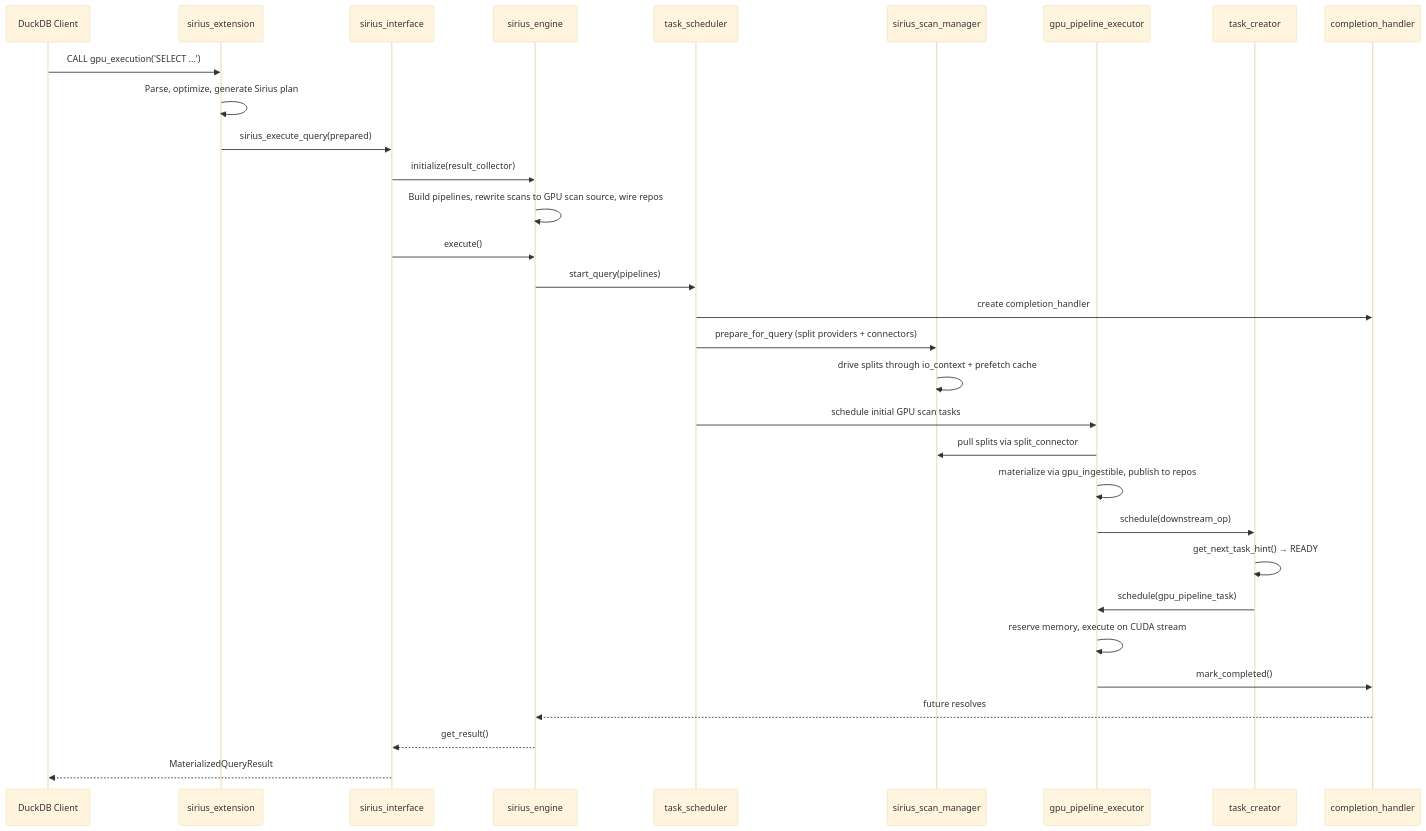
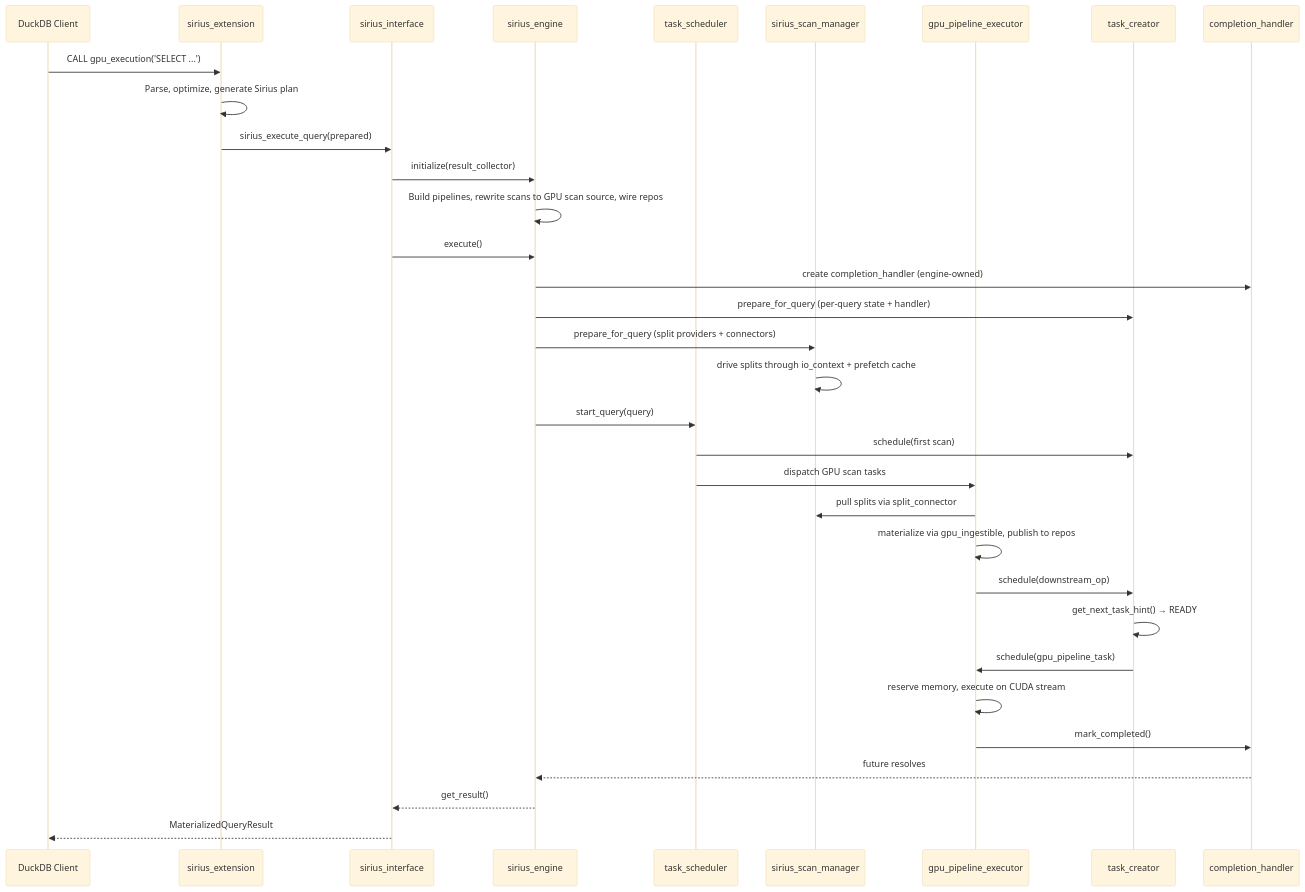
The diagram in docs/super-sirius/execution-flow.md (sirius-db/sirius), drawn with Mermaid (base theme) before and after one commit. The commit also changed other lines of this file and 8 other files, not shown here.

````diff
--- a/docs/super-sirius/execution-flow.md
+++ b/docs/super-sirius/execution-flow.md
@@ -200,34 +208,36 @@
 ```mermaid
 sequenceDiagram
     participant User as DuckDB Client
     participant Ext as sirius_extension
     participant Iface as sirius_interface
     participant Engine as sirius_engine
     participant PE as task_scheduler
     participant SM as sirius_scan_manager
     participant GPE as gpu_pipeline_executor
     participant TC as task_creator
     participant CH as completion_handler
 
     User->>Ext: CALL gpu_execution('SELECT ...')
     Ext->>Ext: Parse, optimize, generate Sirius plan
     Ext->>Iface: sirius_execute_query(prepared)
     Iface->>Engine: initialize(result_collector)
     Engine->>Engine: Build pipelines, rewrite scans to GPU scan source, wire repos
     Iface->>Engine: execute()
-    Engine->>PE: start_query(pipelines)
-    PE->>CH: create completion_handler
-    PE->>SM: prepare_for_query (split providers + connectors)
+    Engine->>CH: create completion_handler (engine-owned)
+    Engine->>TC: prepare_for_query (per-query state + handler)
+    Engine->>SM: prepare_for_query (split providers + connectors)
     SM->>SM: drive splits through io_context + prefetch cache
-    PE->>GPE: schedule initial GPU scan tasks
+    Engine->>PE: start_query(query)
+    PE->>TC: schedule(first scan)
+    PE->>GPE: dispatch GPU scan tasks
     GPE->>SM: pull splits via split_connector
     GPE->>GPE: materialize via gpu_ingestible, publish to repos
     GPE->>TC: schedule(downstream_op)
     TC->>TC: get_next_task_hint() → READY
     TC->>GPE: schedule(gpu_pipeline_task)
     GPE->>GPE: reserve memory, execute on CUDA stream
     GPE->>CH: mark_completed()
     CH-->>Engine: future resolves
     Engine-->>Iface: get_result()
     Iface-->>User: MaterializedQueryResult
 ```
````
